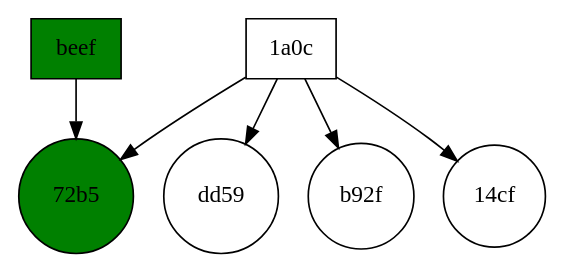
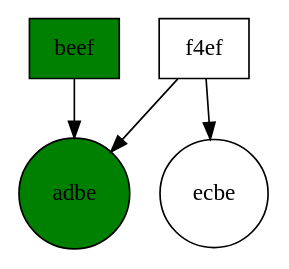
The diagram in doctest-output/visitor.gv (ziyadalrasbi/F20SC-CW2), drawn with Graphviz before and after one commit. The commit also changed 1 other file, not shown here.

```diff
--- a/doctest-output/visitor.gv
+++ b/doctest-output/visitor.gv
@@ -1,19 +1,15 @@
 digraph visitor {
 	graph [rank=min]
 	node [shape=rectangle]
-	"4108dc09bfe11a0c" [label="1a0c" fillcolor=white shape=rectangle style=filled]
-	"4108dc09bfe11a0c" -> "100405170355-00000000ee4bfd24d2ff703b9147dd59"
-	"4108dc09bfe11a0c" -> "100806162735-00000000115598650cb8b514246272b5"
-	"4108dc09bfe11a0c" -> "100806172045-0000000081705fbea3553bd0d745b92f"
-	"4108dc09bfe11a0c" -> "101122221951-00000000a695c340822e61891c8f14cf"
 	"00000000deadbeef" [label=beef fillcolor=green shape=rectangle style=filled]
-	"00000000deadbeef" -> "100806162735-00000000115598650cb8b514246272b5"
+	"00000000deadbeef" -> "aaaaaaaaaaaa-00000000df1ad06a86c40000000feadbe"
+	"5cc95d811cd9f4ef" [label=f4ef fillcolor=white shape=rectangle style=filled]
+	"5cc95d811cd9f4ef" -> "aaaaaaaaaaaa-00000000df1ad06a86c40000000feadbe"
+	"5cc95d811cd9f4ef" -> "bbbbbbbbbbbb-00000000df1ad06a86c4000000beecbe"
 	subgraph document {
 		graph [rank=max]
 		node [shape=circle]
-		"100806162735-00000000115598650cb8b514246272b5" [label="72b5" fillcolor=green shape=circle style=filled]
-		"100405170355-00000000ee4bfd24d2ff703b9147dd59" [label=dd59 fillcolor=white shape=circle style=filled]
-		"100806172045-0000000081705fbea3553bd0d745b92f" [label=b92f fillcolor=white shape=circle style=filled]
-		"101122221951-00000000a695c340822e61891c8f14cf" [label="14cf" fillcolor=white shape=circle style=filled]
+		"aaaaaaaaaaaa-00000000df1ad06a86c40000000feadbe" [label=adbe fillcolor=green shape=circle style=filled]
+		"bbbbbbbbbbbb-00000000df1ad06a86c4000000beecbe" [label=ecbe fillcolor=white shape=circle style=filled]
 	}
 }
```
